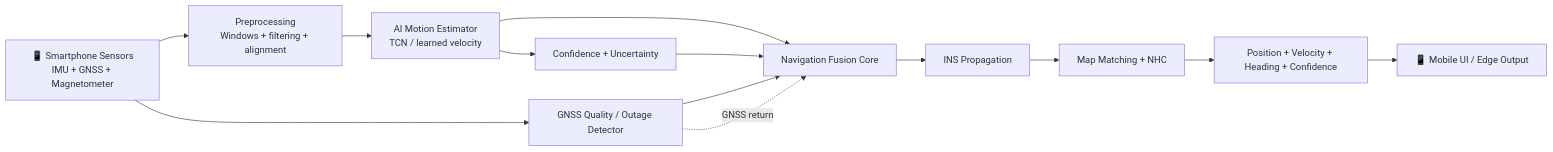
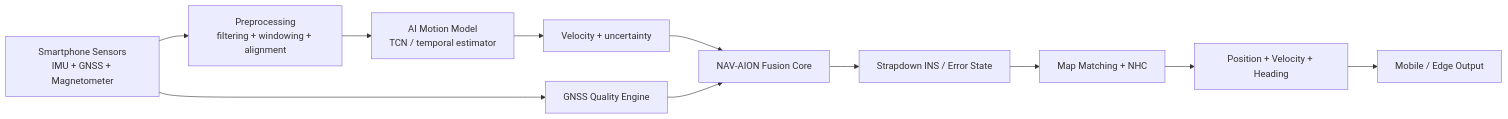
Before and after one commit to abidshareef/SIH26168: the first of 4 diagrams in README.md, drawn with Mermaid. The commit also changed other lines of this file, not shown here.

Commit message:
Rewrite README for NAV-AION

````diff
--- a/README.md
+++ b/README.md
@@ -126,15 +105,13 @@
 ```mermaid
 flowchart LR
-    A[📱 Smartphone Sensors<br/>IMU + GNSS + Magnetometer] --> B[Preprocessing<br/>Windows + filtering + alignment]
-    B --> C[AI Motion Estimator<br/>TCN / learned velocity]
-    C --> D[Confidence + Uncertainty]
-    A --> E[GNSS Quality / Outage Detector]
-    C --> F[Navigation Fusion Core]
-    D --> F
+    A[Smartphone Sensors<br/>IMU + GNSS + Magnetometer] --> B[Preprocessing<br/>filtering + windowing + alignment]
+    B --> C[AI Motion Model<br/>TCN / temporal estimator]
+    C --> D[Velocity + uncertainty]
+    A --> E[GNSS Quality Engine]
+    D --> F[NAV-AION Fusion Core]
     E --> F
-    F --> G[INS Propagation]
+    F --> G[Strapdown INS / Error State]
     G --> H[Map Matching + NHC]
-    H --> I[Position + Velocity + Heading + Confidence]
-    I --> J[📱 Mobile UI / Edge Output]
-    E -. GNSS return .-> F
+    H --> I[Position + Velocity + Heading]
+    I --> J[Mobile / Edge Output]
 ```
````
